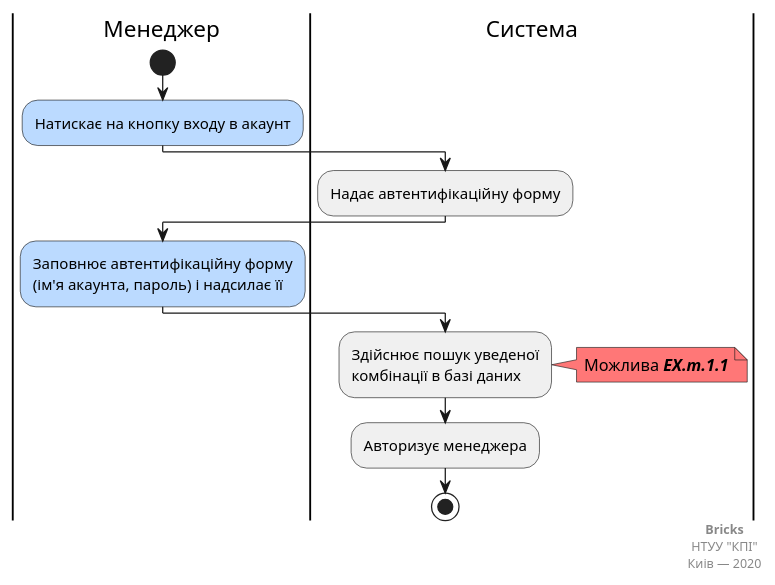
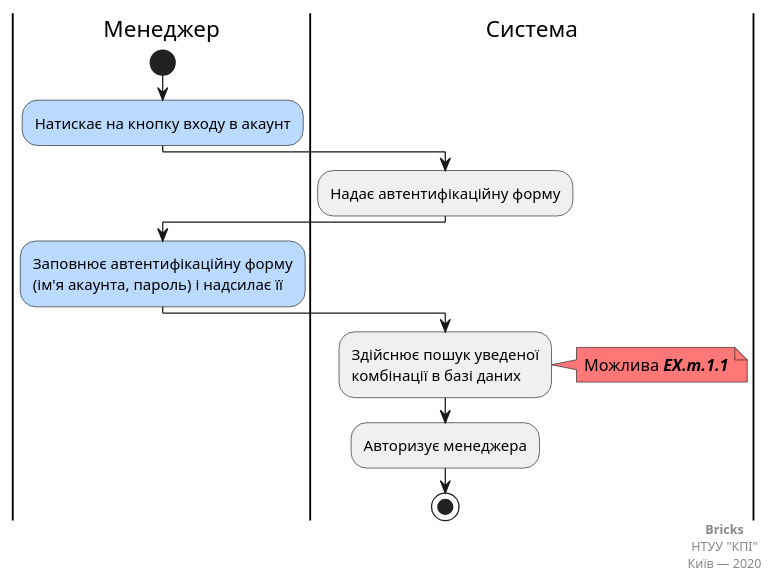
Before and after one commit to hate-crew-member-41/Bricks: the diagram in docs/use cases/manager use cases/UC.m.1.puml, drawn with PlantUML.

```diff
--- a/docs/use cases/manager use cases/UC.m.1.puml
+++ b/docs/use cases/manager use cases/UC.m.1.puml
@@ -1,37 +1,37 @@
 @startuml
 
     |Менеджер|
 
         start;
 
         #bbdaff:Натискає на кнопку входу в акаунт;
 
     |Система|
 
         #f0f0f0:Надає автентифікаційну форму;
         
     |Менеджер|
 
         #bbdaff:Заповнює автентифікаційну форму
         (ім'я акаунта, пароль) і надсилає її;
 
     |Система|
 
         #f0f0f0:Здійснює пошук уведеної
         комбінації в базі даних;
 
         note right #f77
             Можлива <b><i>EX.m.1.1</i></b>
         end note
 
         #f0f0f0:Авторизує менеджера;
 
         stop;
 
     right footer
         <b>Bricks</b>
         НТУУ "КПІ"
-        Киів — 2020
+        Київ — 2020
     end footer
 
 @enduml
```
